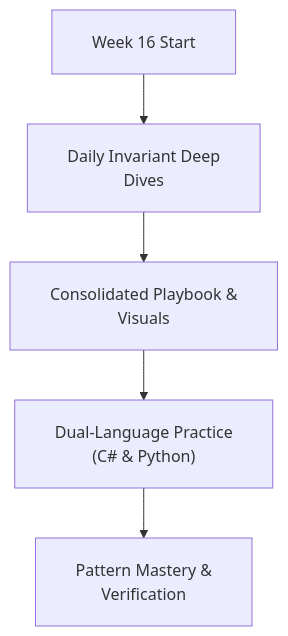
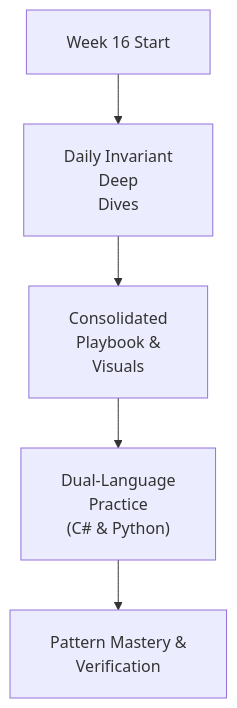
One commit to dip4k/DSA_102 changed the diagram in week_16_advanced_data_structures/README.md. Above: the diagram before and after it, drawn with Mermaid. The commit also changed 106 other files, not shown here.

First line of the commit message:
fix(mermaid): prevent text clipping with foreignObject overflow and tighter line wrapping

````diff
--- a/week_16_advanced_data_structures/README.md
+++ b/week_16_advanced_data_structures/README.md
@@ -16,8 +16,8 @@
 ```mermaid
-%%{init: {"flowchart": {"htmlLabels": true, "padding": 20}}}%%
+%%{init: {"flowchart": {"htmlLabels": true, "padding": 20}, "themeCSS": "foreignObject { overflow: visible !important; }"}}%%
 flowchart TD
-    Start["Week 16 Start"] --> Daily["Daily Invariant Deep<br/>Dives"]
-    Daily --> Playbook["Consolidated Playbook &<br/>Visuals"]
-    Playbook --> DualLang["Dual-Language Practice<br/>(C# & Python)"]
+    Start["Week 16 Start"] --> Daily["Daily Invariant<br/>Deep<br/>Dives"]
+    Daily --> Playbook["Consolidated<br/>Playbook &<br/>Visuals"]
+    Playbook --> DualLang["Dual-Language<br/>Practice<br/>(C# & Python)"]
     DualLang --> Mastery["Pattern Mastery &<br/>Verification"]
 ```
````
